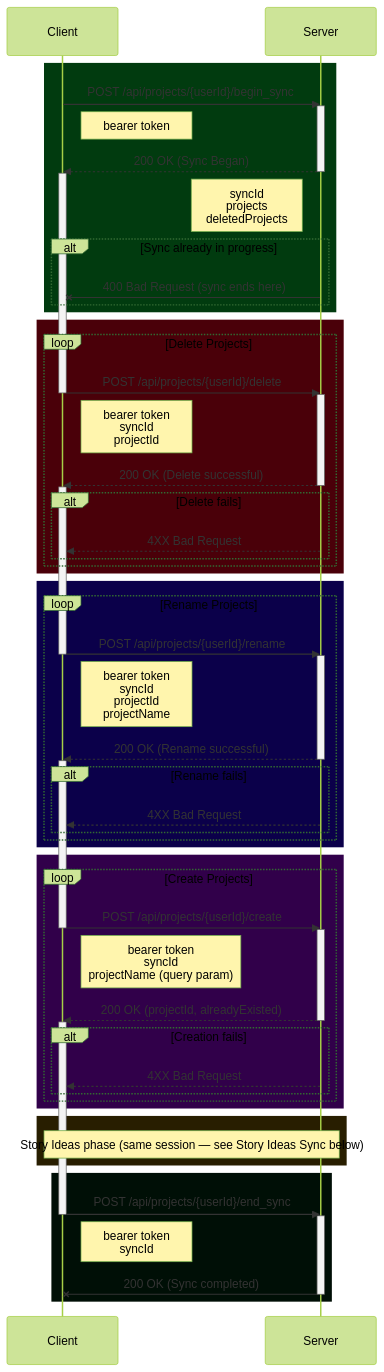
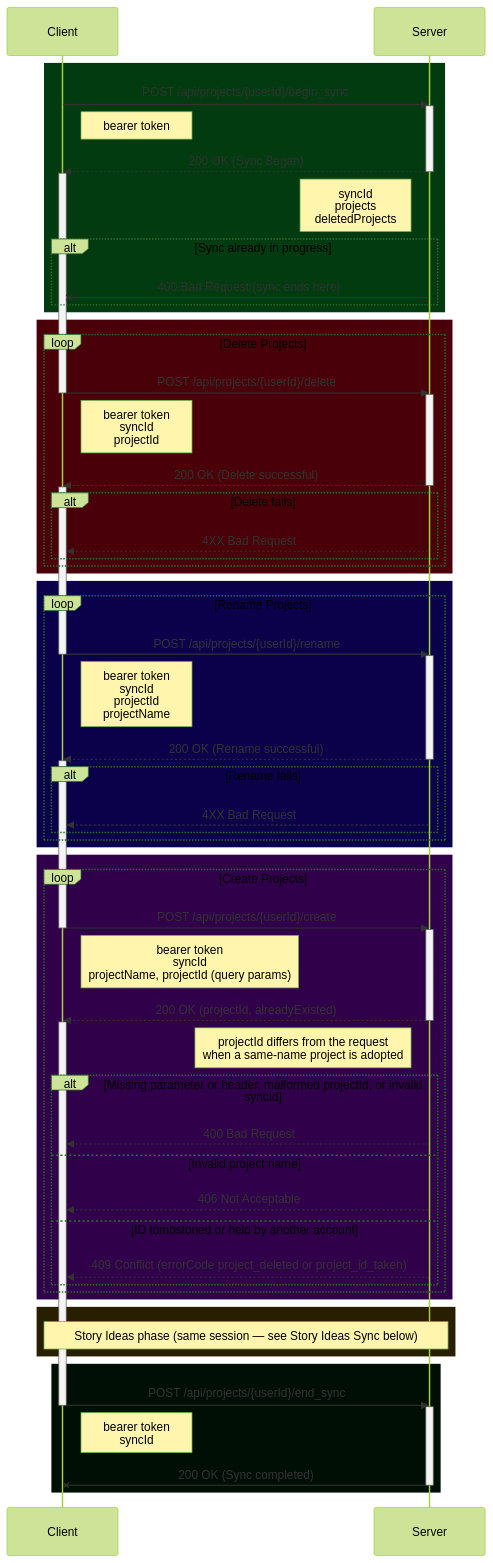
One commit to Darkrock-Studios/hammer-editor changed the first of 10 diagrams in docs/SYNCING-PROTOCOL.md. Above: the diagram before and after it, drawn with Mermaid (forest theme). The commit also changed other lines of this file and 118 other files, not shown here.

First line of the commit message:
Give every project a client-minted id (#995)

````diff
--- a/docs/SYNCING-PROTOCOL.md
+++ b/docs/SYNCING-PROTOCOL.md
@@ -69,76 +95,81 @@
 ```mermaid
 sequenceDiagram
 	participant Client as Client
 	participant Server as Server
 
 	rect rgb(1, 59, 15)
 		Client ->> Server: POST /api/projects/{userId}/begin_sync
 		activate Server
 		Note right of Client: bearer token
 		Server -->> Client: 200 OK (Sync Began)
 		deactivate Server
 		activate Client
 		Note left of Server: syncId<br/>projects<br/>deletedProjects
 		alt Sync already in progress
 			Server -x Client: 400 Bad Request (sync ends here)
 		end
 	end
 	rect rgb(74, 0, 9)
 		loop Delete Projects
 			Client ->> Server: POST /api/projects/{userId}/delete
 			deactivate Client
 			activate Server
 			Note right of Client: bearer token <br/> syncId <br/> projectId
 			Server -->> Client: 200 OK (Delete successful)
 			deactivate Server
 			activate Client
 			alt Delete fails
 				Server -->> Client: 4XX Bad Request
 			end
 		end
 	end
 
 	rect rgb(11, 0, 74)
 		loop Rename Projects
 			Client ->> Server: POST /api/projects/{userId}/rename
 			deactivate Client
 			activate Server
 			Note right of Client: bearer token <br/> syncId <br/> projectId <br/> projectName
 			Server -->> Client: 200 OK (Rename successful)
 			deactivate Server
 			activate Client
 			alt Rename fails
 				Server -->> Client: 4XX Bad Request
 			end
 		end
 	end
 
 	rect rgb(49, 0, 74)
 		loop Create Projects
 			Client ->> Server: POST /api/projects/{userId}/create
 			deactivate Client
 			activate Server
-			Note right of Client: bearer token <br/> syncId <br/> projectName (query param)
+			Note right of Client: bearer token <br/> syncId <br/> projectName, projectId (query params)
 			Server -->> Client: 200 OK (projectId, alreadyExisted)
 			deactivate Server
 			activate Client
-			alt Creation fails
-				Server -->> Client: 4XX Bad Request
+			Note left of Server: projectId differs from the request<br/>when a same-name project is adopted
+			alt Missing parameter or header, malformed projectId, or invalid syncId
+				Server -->> Client: 400 Bad Request
+			else Invalid project name
+				Server -->> Client: 406 Not Acceptable
+			else ID tombstoned or held by another account
+				Server -->> Client: 409 Conflict (errorCode project_deleted or project_id_taken)
 			end
 		end
 	end
 
 	rect rgb(40, 30, 0)
 		Note over Client,Server: Story Ideas phase (same session — see Story Ideas Sync below)
 	end
 
 	rect rgb(0, 15, 6)
 		Client ->> Server: POST /api/projects/{userId}/end_sync
 		deactivate Client
 		activate Server
 		Note right of Client: bearer token <br/> syncId
 		Server -x Client: 200 OK (Sync completed)
 		deactivate Server
 	end
 
 ```
````
